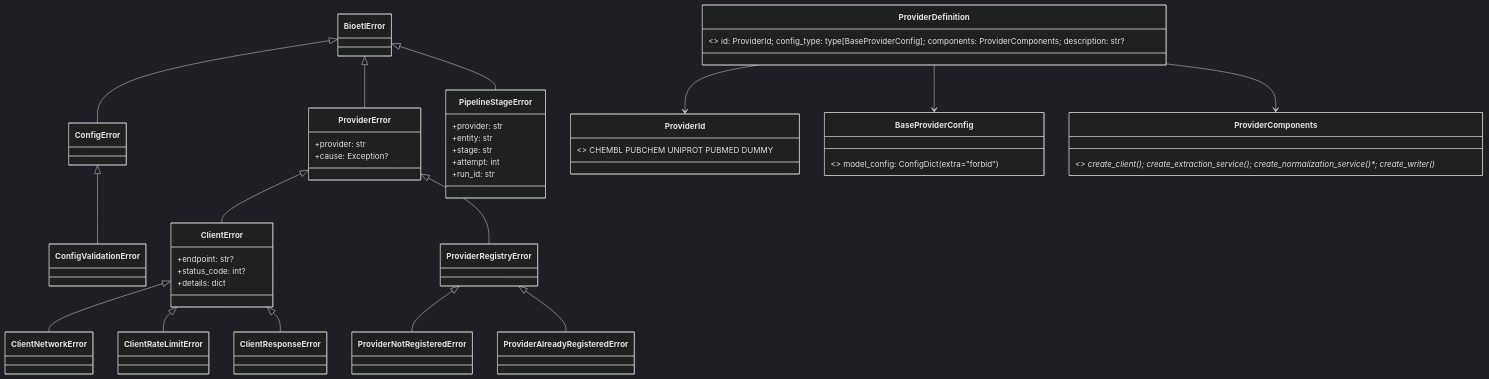
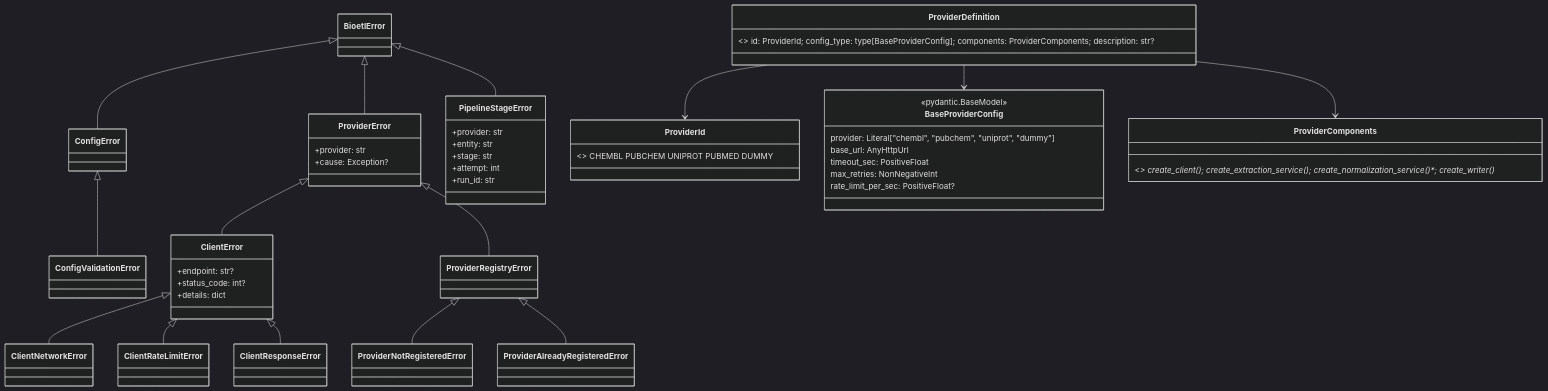
Before and after one commit to SatoryKono/BioactivityDataAcquisition: the first of 6 diagrams in docs/domain-class-diagrams.md, drawn with Mermaid (dark theme). The commit also changed 6 other files, not shown here.

Commit message:
Refactor provider and normalization config models

````diff
--- a/docs/domain-class-diagrams.md
+++ b/docs/domain-class-diagrams.md
@@ -4,49 +4,56 @@
 ```mermaid
 classDiagram
     class BioetlError
     class ConfigError
     class ConfigValidationError
     class ProviderError {
         +provider: str
         +cause: Exception?
     }
     class ClientError {
         +endpoint: str?
         +status_code: int?
         +details: dict
     }
     class ClientNetworkError
     class ClientRateLimitError
     class ClientResponseError
     class PipelineStageError {
         +provider: str
         +entity: str
         +stage: str
         +attempt: int
         +run_id: str
     }
 
     class ProviderRegistryError
     class ProviderNotRegisteredError
     class ProviderAlreadyRegisteredError
     class ProviderId { <<enum>> CHEMBL PUBCHEM UNIPROT PUBMED DUMMY }
-    class BaseProviderConfig { <<pydantic.BaseModel>> model_config: ConfigDict(extra="forbid") }
+    class BaseProviderConfig {
+        <<pydantic.BaseModel>>
+        provider: Literal["chembl", "pubchem", "uniprot", "dummy"]
+        base_url: AnyHttpUrl
+        timeout_sec: PositiveFloat
+        max_retries: NonNegativeInt
+        rate_limit_per_sec: PositiveFloat?
+    }
     class ProviderComponents { <<protocol>> create_client(); create_extraction_service(); create_normalization_service()*; create_writer()* }
     class ProviderDefinition { <<dataclass frozen>> id: ProviderId; config_type: type[BaseProviderConfig]; components: ProviderComponents; description: str? }
 
     BioetlError <|-- ConfigError
     ConfigError <|-- ConfigValidationError
     BioetlError <|-- ProviderError
     ProviderError <|-- ClientError
     ClientError <|-- ClientNetworkError
     ClientError <|-- ClientRateLimitError
     ClientError <|-- ClientResponseError
     BioetlError <|-- PipelineStageError
 
     ProviderError <|-- ProviderRegistryError
     ProviderRegistryError <|-- ProviderNotRegisteredError
     ProviderRegistryError <|-- ProviderAlreadyRegisteredError
     ProviderDefinition --> ProviderId
     ProviderDefinition --> BaseProviderConfig
     ProviderDefinition --> ProviderComponents
 ```
````
